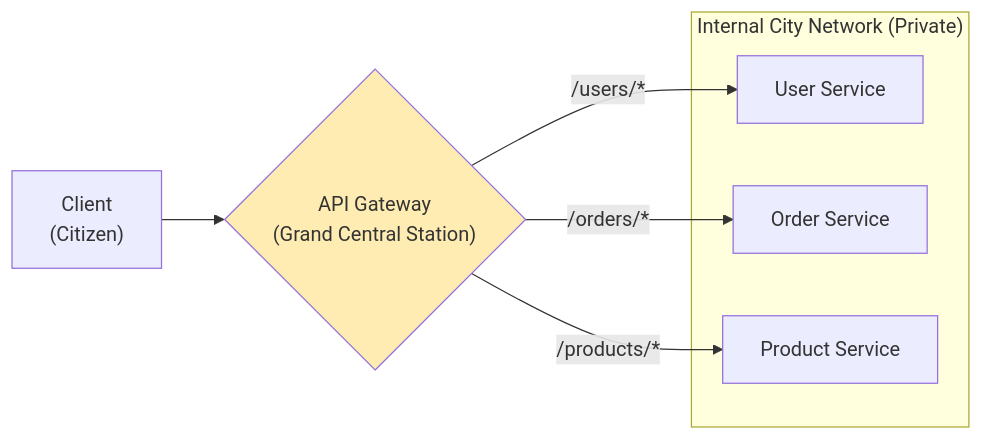
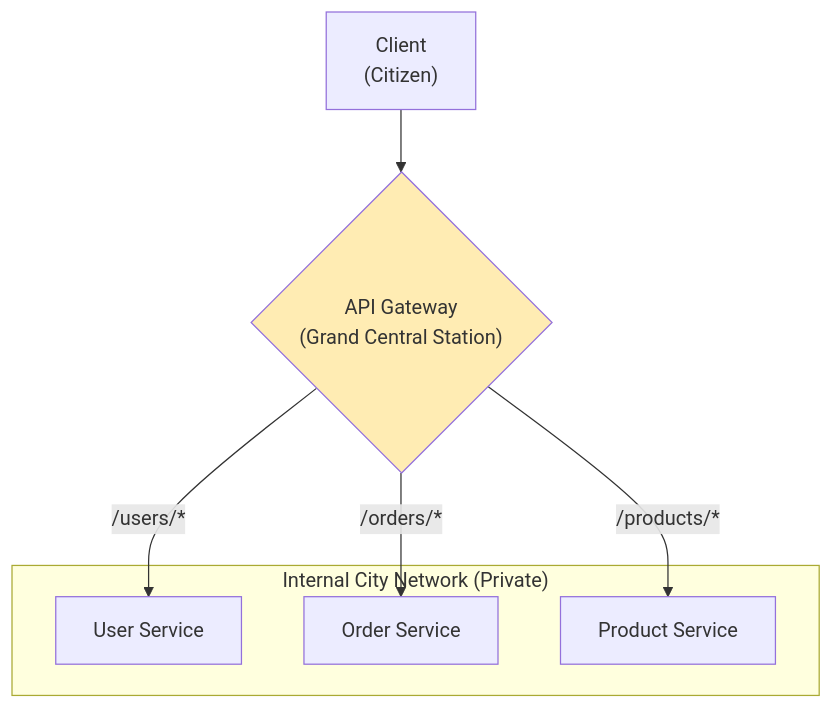
One commit to ridwanspace/restful-fastapi-guideline changed the second of 3 diagrams in app/docs/04_advanced/04-fastapi-microservices-architecture/page.mdx. Above: the diagram before and after it, drawn with Mermaid.

Commit message:
📝 docs(architecture): enhance API gateway diagram
- update diagram to TD to improve readability
- clarify gateway role in microservices architecture

````diff
--- a/app/docs/04_advanced/04-fastapi-microservices-architecture/page.mdx
+++ b/app/docs/04_advanced/04-fastapi-microservices-architecture/page.mdx
@@ -86,16 +86,16 @@
 ```mermaid
-graph LR
+graph TD
     A["Client<br>(Citizen)"] --> B{"API Gateway<br>(Grand Central Station)"};
-    
-    B -->|/users/*| C[User Service];
-    B -->|/orders/*| D[Order Service];
-    B -->|/products/*| E[Product Service];
-    
+
     subgraph "Internal City Network (Private)"
-        C
-        D
-        E
+        C[User Service]
+        D[Order Service]
+        E[Product Service]
     end
+
+    B -->|/users/*| C;
+    B -->|/orders/*| D;
+    B -->|/products/*| E;
 
     style B fill:#ffecb3
 ```
````
